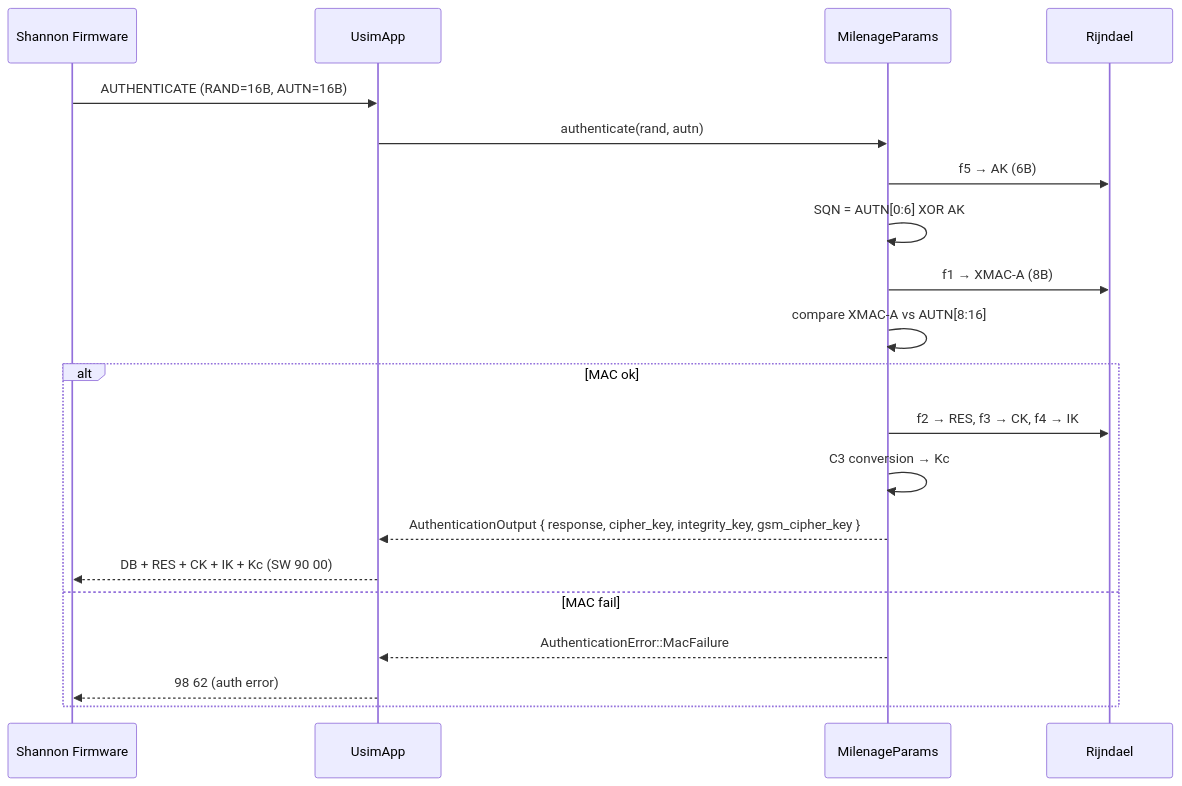
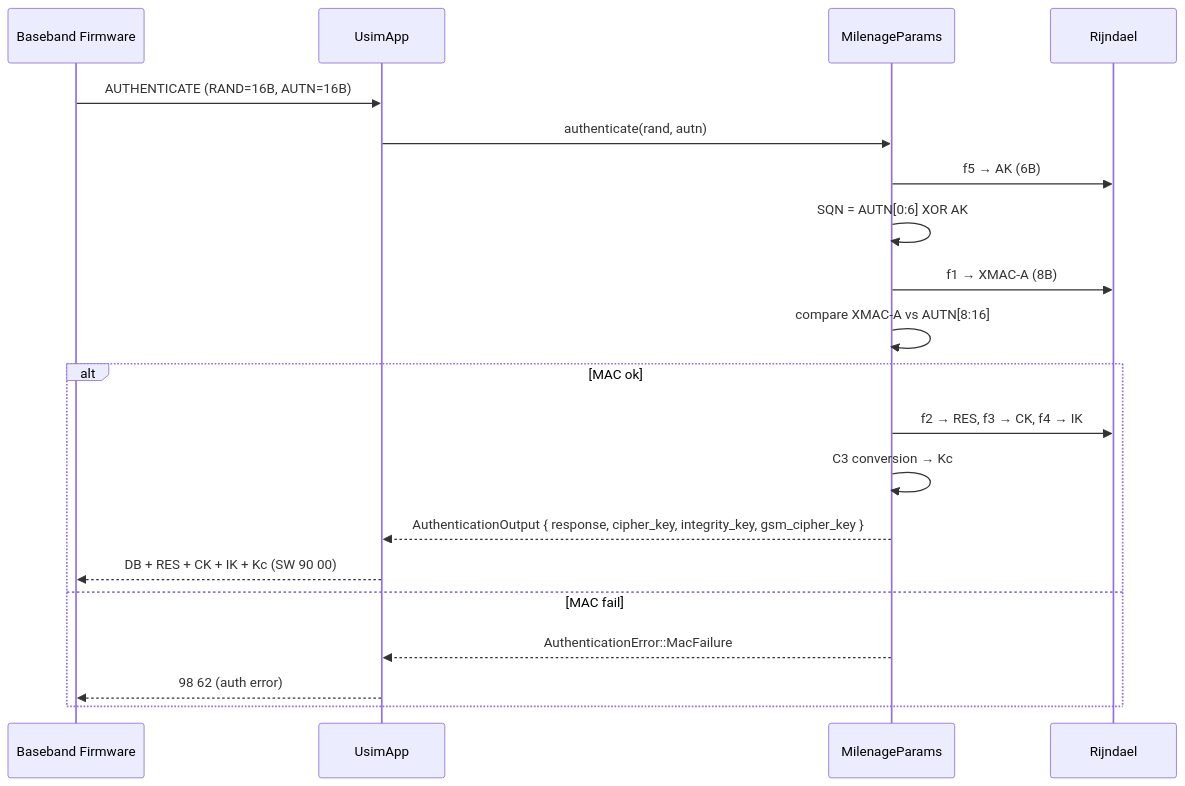
One commit to jaesharp/simrs changed the third of 4 diagrams in docs/architecture.md. Above: the diagram before and after it, drawn with Mermaid. The commit also changed other lines of this file and 3 other files, not shown here.

First line of the commit message:
docs: generalize architecture references, add docs index, remove session handoff

````diff
--- a/docs/architecture.md
+++ b/docs/architecture.md
@@ -1072,23 +1072,23 @@
 ```mermaid
 sequenceDiagram
-    participant FW as Shannon Firmware
+    participant FW as Baseband Firmware
     participant U as UsimApp
     participant M as MilenageParams
     participant R as Rijndael
 
     FW->>U: AUTHENTICATE (RAND=16B, AUTN=16B)
     U->>M: authenticate(rand, autn)
     M->>R: f5 → AK (6B)
     M->>M: SQN = AUTN[0:6] XOR AK
     M->>R: f1 → XMAC-A (8B)
     M->>M: compare XMAC-A vs AUTN[8:16]
     alt MAC ok
         M->>R: f2 → RES, f3 → CK, f4 → IK
         M->>M: C3 conversion → Kc
         M-->>U: AuthenticationOutput { response, cipher_key, integrity_key, gsm_cipher_key }
         U-->>FW: DB + RES + CK + IK + Kc  (SW 90 00)
     else MAC fail
         M-->>U: AuthenticationError::MacFailure
         U-->>FW: 98 62 (auth error)
     end
 ```
````
